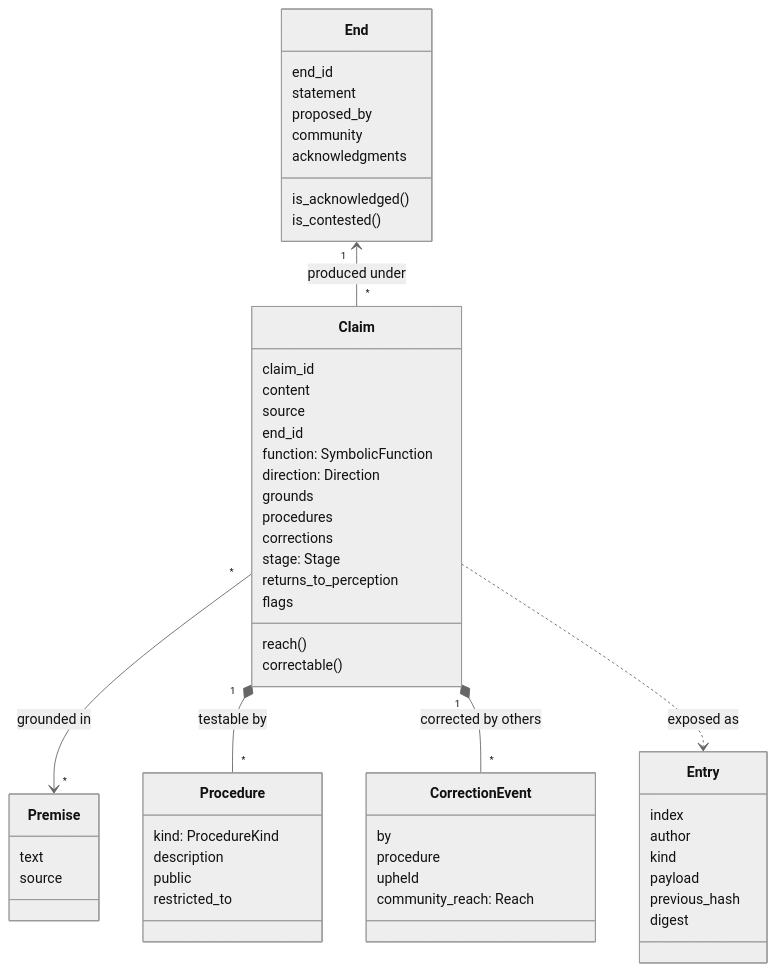
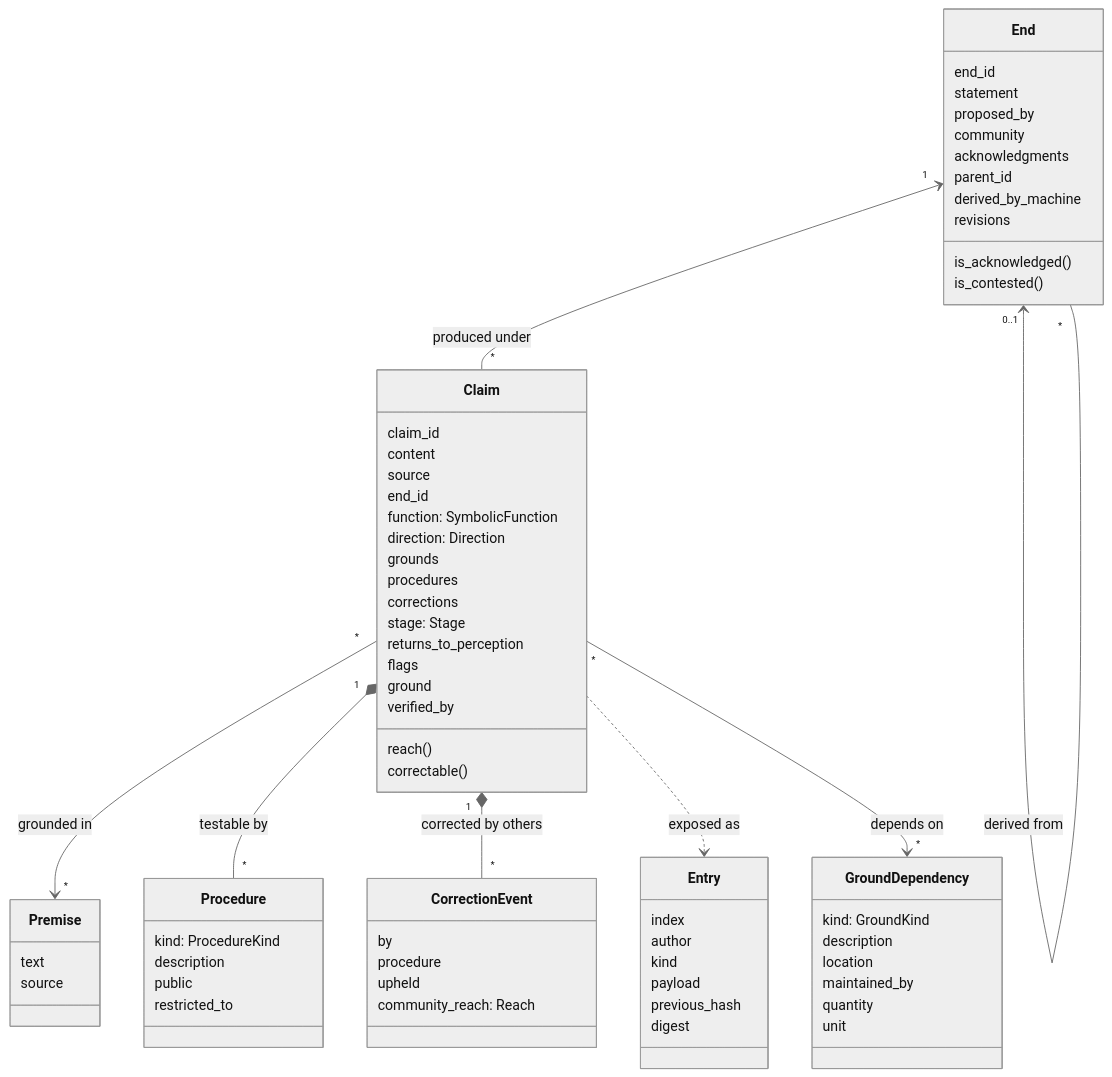
The third of 5 diagrams in README.md (italosantosclemente/AGI-GAIA-TECHNE), drawn with Mermaid (neutral theme) before and after one commit. The commit also changed other lines of this file and 11 other files, not shown here.

First line of the commit message:
Add the geomorphic condition: ground, derived ends, human verification

````diff
--- a/README.md
+++ b/README.md
@@ -231,57 +257,72 @@
 ```mermaid
 classDiagram
     class End {
         end_id
         statement
         proposed_by
         community
         acknowledgments
+        parent_id
+        derived_by_machine
+        revisions
         is_acknowledged()
         is_contested()
     }
     class Premise {
         text
         source
     }
     class Claim {
         claim_id
         content
         source
         end_id
         function: SymbolicFunction
         direction: Direction
         grounds
         procedures
         corrections
         stage: Stage
         returns_to_perception
         flags
+        ground
+        verified_by
         reach()
         correctable()
     }
     class Procedure {
         kind: ProcedureKind
         description
         public
         restricted_to
     }
     class CorrectionEvent {
         by
         procedure
         upheld
         community_reach: Reach
     }
+    class GroundDependency {
+        kind: GroundKind
+        description
+        location
+        maintained_by
+        quantity
+        unit
+    }
     class Entry {
         index
         author
         kind
         payload
         previous_hash
         digest
     }
     End "1" <-- "*" Claim : produced under
     Claim "*" --> "*" Premise : grounded in
     Claim "1" *-- "*" Procedure : testable by
     Claim "1" *-- "*" CorrectionEvent : corrected by others
     Claim ..> Entry : exposed as
+    Claim "*" --> "*" GroundDependency : depends on
+    End "0..1" <-- "*" End : derived from
 ```
````
